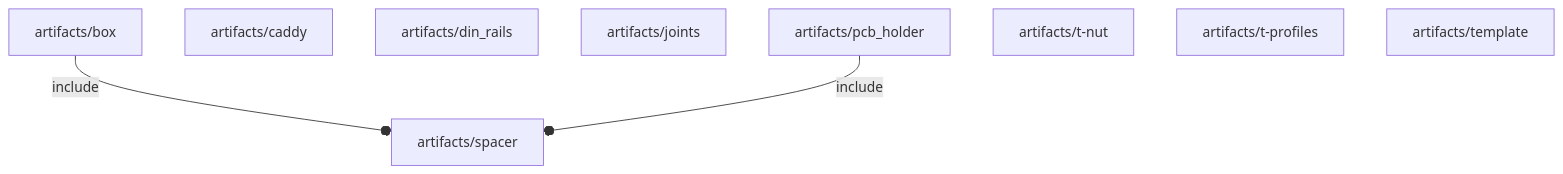
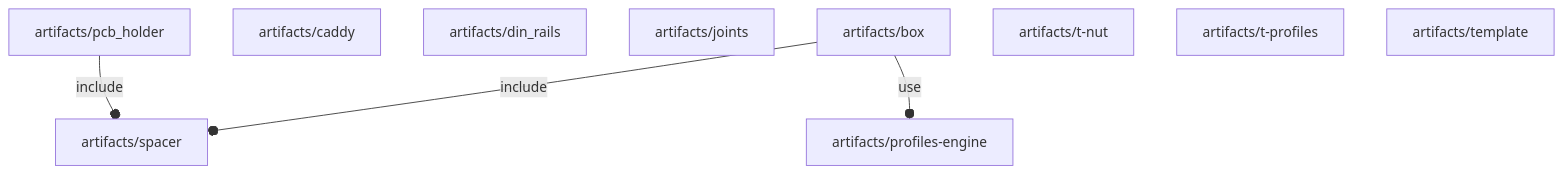
One commit to ggabbiani/OFL changed the diagram in orthodocs/artifacts/deps.md. Above: the diagram before and after it, drawn with Mermaid. The commit also changed 28 other files, not shown here.

Commit message:
renamed foundation/profile.scad into artifacts/profiles-engine.scad, renamed foundation/type_trait.scad into foundation/traits-engine.scad

````diff
--- a/orthodocs/artifacts/deps.md
+++ b/orthodocs/artifacts/deps.md
@@ -3,12 +3,14 @@
 ```mermaid
 graph TD
     A1[artifacts/box] --o|include| A2[artifacts/spacer]
-    A3[artifacts/caddy]
-    A4[artifacts/din_rails]
-    A5[artifacts/joints]
-    A6[artifacts/pcb_holder] --o|include| A2
+    A1 --o|use| A3[artifacts/profiles-engine]
+    A4[artifacts/caddy]
+    A5[artifacts/din_rails]
+    A6[artifacts/joints]
+    A7[artifacts/pcb_holder] --o|include| A2
+    A3
     A2
-    A7[artifacts/t-nut]
-    A8[artifacts/t-profiles]
-    A9[artifacts/template]
+    A8[artifacts/t-nut]
+    A9[artifacts/t-profiles]
+    A10[artifacts/template]
 ```
````
